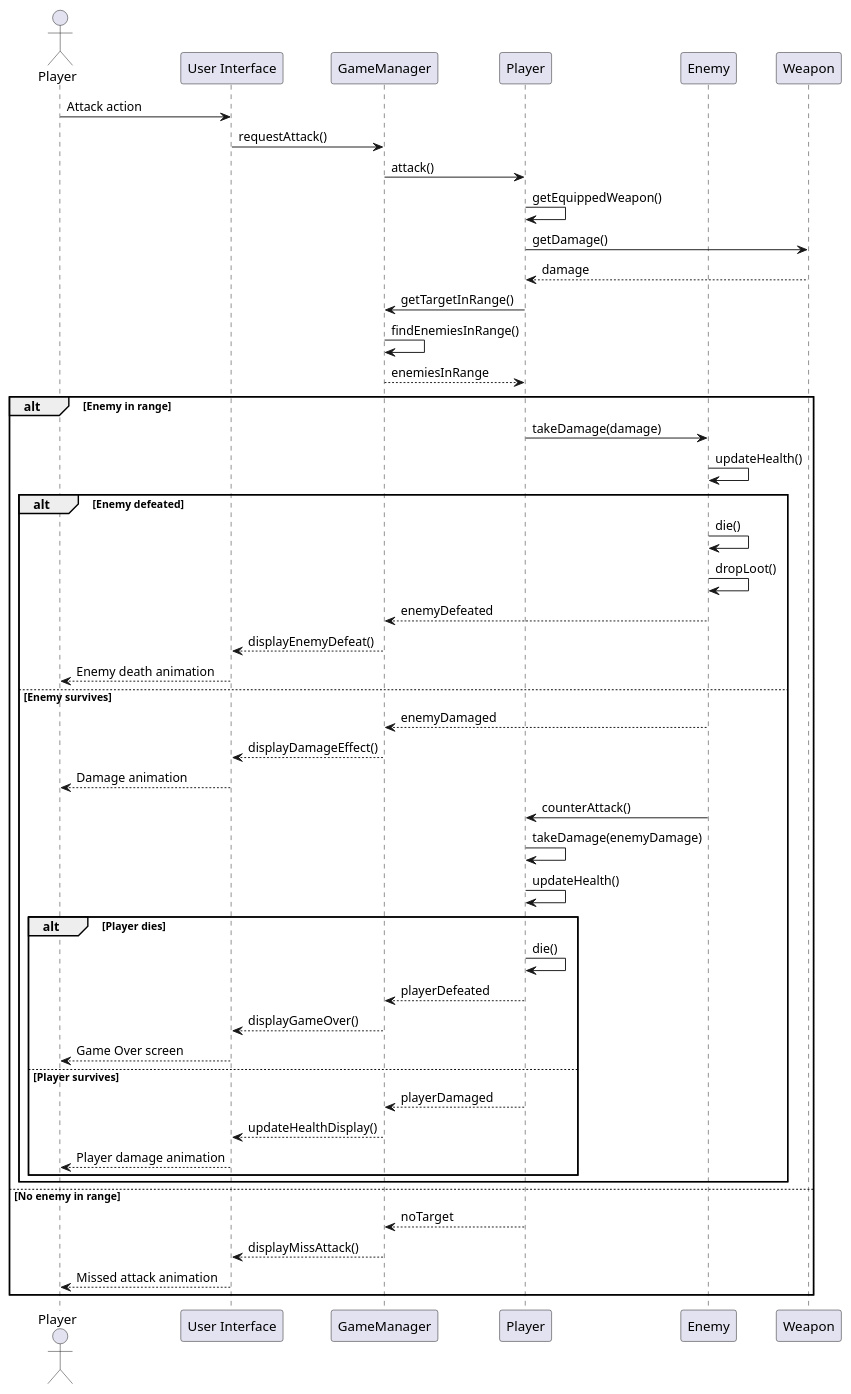
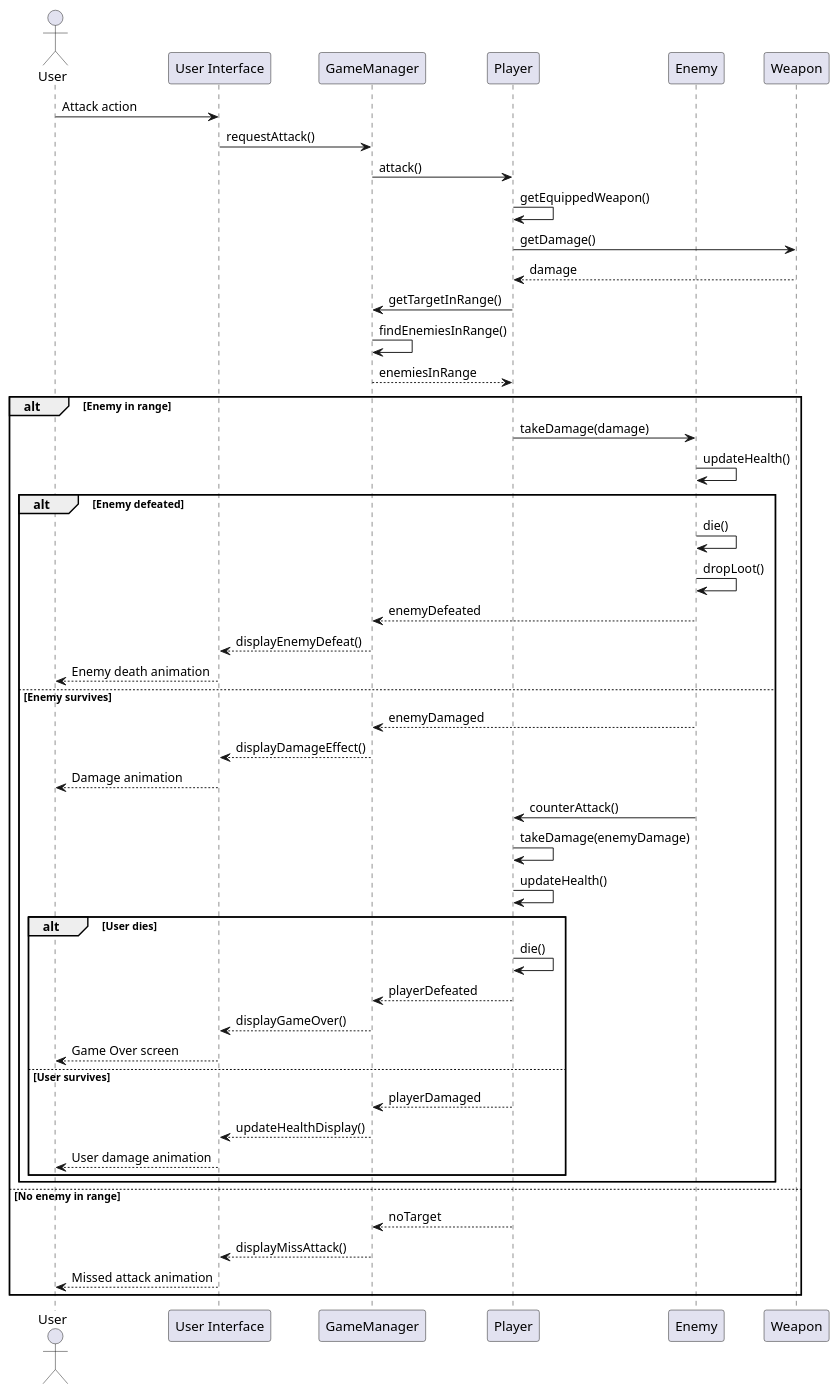
Before and after one commit to imagarchive/4MMACOL: the diagram in docs/uml/sequence.d/combat_sequence.puml, drawn with PlantUML. The commit also changed 3 other files, not shown here.

Commit message:
fix: changed player to user

```diff
--- a/docs/uml/sequence.d/combat_sequence.puml
+++ b/docs/uml/sequence.d/combat_sequence.puml
@@ -1,56 +1,56 @@
 @startuml
-actor Player
+actor User
 participant "User Interface" as UI
 participant GameManager as GM
 participant Player as P
 participant Enemy as E
 participant Weapon as W
 
-Player -> UI: Attack action
+User -> UI: Attack action
 UI -> GM: requestAttack()
 GM -> P: attack()
 
 P -> P: getEquippedWeapon()
 P -> W: getDamage()
 W --> P: damage
 
 P -> GM: getTargetInRange()
 GM -> GM: findEnemiesInRange()
 GM --> P: enemiesInRange
 
 alt Enemy in range
     P -> E: takeDamage(damage)
     E -> E: updateHealth()
     
     alt Enemy defeated
         E -> E: die()
         E -> E: dropLoot()
         E --> GM: enemyDefeated
         GM --> UI: displayEnemyDefeat()
-        UI --> Player: Enemy death animation
+        UI --> User: Enemy death animation
     else Enemy survives
         E --> GM: enemyDamaged
         GM --> UI: displayDamageEffect()
-        UI --> Player: Damage animation
+        UI --> User: Damage animation
         
         E -> P: counterAttack()
         P -> P: takeDamage(enemyDamage)
         P -> P: updateHealth()
         
-        alt Player dies
+        alt User dies
             P -> P: die()
             P --> GM: playerDefeated
             GM --> UI: displayGameOver()
-            UI --> Player: Game Over screen
-        else Player survives
+            UI --> User: Game Over screen
+        else User survives
             P --> GM: playerDamaged
             GM --> UI: updateHealthDisplay()
-            UI --> Player: Player damage animation
+            UI --> User: User damage animation
         end
     end
 else No enemy in range
     P --> GM: noTarget
     GM --> UI: displayMissAttack()
-    UI --> Player: Missed attack animation
+    UI --> User: Missed attack animation
 end
 @enduml
```
